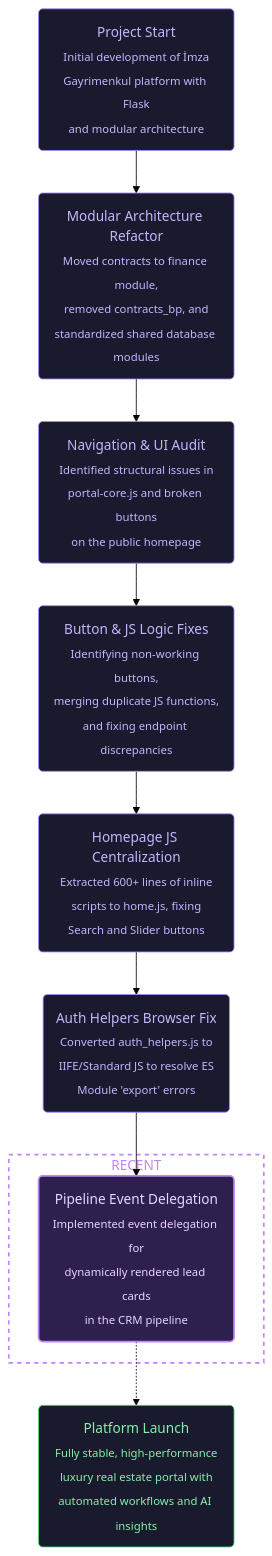
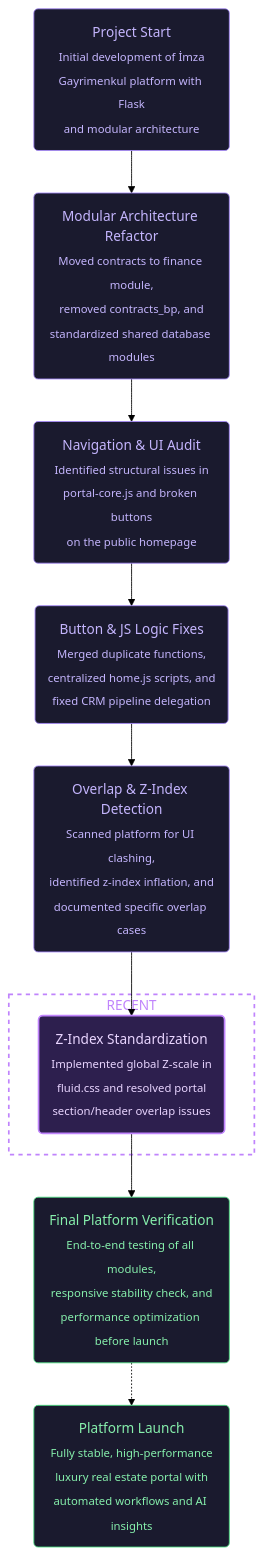
Before and after one commit to ramosis/imzagyo: the diagram in vizvibe.mmd, drawn with Mermaid (forest theme). The commit also changed 7 other files, not shown here.

Commit message:
UI: Standardized Z-index hierarchy and resolved UI overlap issues across platform. Fixes #overlap-audit.

```diff
--- a/vizvibe.mmd
+++ b/vizvibe.mmd
@@ -1,62 +1,64 @@
 flowchart TD
     %% === PROJECT GOALS ===
     %% Ultimate Goal: Build a premium, high-performance real estate portal and public website for İmza Gayrimenkul with modular backend and luxury UI.
-    %% Current Goal: Finalize stabilization and verify all platform buttons/navigation.
+    %% Current Goal: Maintain UI stability and proceed to final platform verification.
 
     %% === START ===
     %% @project_start [start, closed, 2026-04-25, antigravity]
     project_start("Project Start<br/><sub>Initial development of İmza<br/>Gayrimenkul platform with Flask<br/>and modular architecture</sub>")
 
     %% @ultimate_goal [end, opened, 2026-04-25, antigravity]
     ultimate_goal("Platform Launch<br/><sub>Fully stable, high-performance<br/>luxury real estate portal with<br/>automated workflows and AI insights</sub>")
 
     %% === COMPLETED WORK ===
     %% @modular_refactor [ai-task, closed, 2026-04-25, antigravity]
     modular_refactor("Modular Architecture Refactor<br/><sub>Moved contracts to finance module,<br/>removed contracts_bp, and<br/>standardized shared database modules</sub>")
 
     %% @ui_audit_phase [ai-task, closed, 2026-04-25, antigravity]
     ui_audit_phase("Navigation & UI Audit<br/><sub>Identified structural issues in<br/>portal-core.js and broken buttons<br/>on the public homepage</sub>")
 
-    %% @button_detection [ai-task, closed, 2026-04-25, antigravity]
-    button_detection("Button & JS Logic Fixes<br/><sub>Identifying non-working buttons,<br/>merging duplicate JS functions,<br/>and fixing endpoint discrepancies</sub>")
+    %% @button_fixes [ai-task, closed, 2026-04-25, antigravity]
+    button_fixes("Button & JS Logic Fixes<br/><sub>Merged duplicate functions,<br/>centralized home.js scripts, and<br/>fixed CRM pipeline delegation</sub>")
 
-    %% @home_js_centralization [ai-task, closed, 2026-04-25, antigravity]
-    home_js_centralization("Homepage JS Centralization<br/><sub>Extracted 600+ lines of inline<br/>scripts to home.js, fixing<br/>Search and Slider buttons</sub>")
+    %% @overlap_detection [ai-task, closed, 2026-04-25, antigravity]
+    overlap_detection("Overlap & Z-Index Detection<br/><sub>Scanned platform for UI clashing,<br/>identified z-index inflation, and<br/>documented specific overlap cases</sub>")
 
-    %% @auth_helpers_fix [ai-task, closed, 2026-04-25, antigravity]
-    auth_helpers_fix("Auth Helpers Browser Fix<br/><sub>Converted auth_helpers.js to<br/>IIFE/Standard JS to resolve ES<br/>Module 'export' errors</sub>")
+    %% @z_index_standardization [ai-task, closed, 2026-04-25, antigravity]
+    z_index_standardization("Z-Index Standardization<br/><sub>Implemented global Z-scale in<br/>fluid.css and resolved portal<br/>section/header overlap issues</sub>")
 
-    %% @pipeline_delegation [ai-task, closed, 2026-04-25, antigravity]
-    pipeline_delegation("Pipeline Event Delegation<br/><sub>Implemented event delegation for<br/>dynamically rendered lead cards<br/>in the CRM pipeline</sub>")
+    %% === FUTURE WORK ===
+    %% @final_platform_verification [ai-task, opened, 2026-04-25, antigravity]
+    final_platform_verification("Final Platform Verification<br/><sub>End-to-end testing of all modules,<br/>responsive stability check, and<br/>performance optimization before launch</sub>")
 
     %% === CONNECTIONS ===
     project_start --> modular_refactor
     modular_refactor --> ui_audit_phase
-    ui_audit_phase --> button_detection
-    button_detection --> home_js_centralization
-    home_js_centralization --> auth_helpers_fix
-    auth_helpers_fix --> pipeline_delegation
-    pipeline_delegation -.-> ultimate_goal
+    ui_audit_phase --> button_fixes
+    button_fixes --> overlap_detection
+    overlap_detection --> z_index_standardization
+    z_index_standardization --> final_platform_verification
+    final_platform_verification -.-> ultimate_goal
 
     %% === RECENT WORK HIGHLIGHT ===
     subgraph recent [RECENT]
-        pipeline_delegation
+        z_index_standardization
     end
 
     %% === STYLES ===
     %% Closed tasks (soft purple)
     style project_start fill:#1a1a2e,stroke:#a78bfa,color:#c4b5fd,stroke-width:1px
     style modular_refactor fill:#1a1a2e,stroke:#a78bfa,color:#c4b5fd,stroke-width:1px
     style ui_audit_phase fill:#1a1a2e,stroke:#a78bfa,color:#c4b5fd,stroke-width:1px
-    style button_detection fill:#1a1a2e,stroke:#a78bfa,color:#c4b5fd,stroke-width:1px
-    style home_js_centralization fill:#1a1a2e,stroke:#a78bfa,color:#c4b5fd,stroke-width:1px
-    style auth_helpers_fix fill:#1a1a2e,stroke:#a78bfa,color:#c4b5fd,stroke-width:1px
+    style button_fixes fill:#1a1a2e,stroke:#a78bfa,color:#c4b5fd,stroke-width:1px
+    style overlap_detection fill:#1a1a2e,stroke:#a78bfa,color:#c4b5fd,stroke-width:1px
+    style z_index_standardization fill:#1a1a2e,stroke:#a78bfa,color:#c4b5fd,stroke-width:1px
 
     %% Recent node (highlighted purple)
-    style pipeline_delegation fill:#2d1f4e,stroke:#c084fc,color:#e9d5ff,stroke-width:2px
+    style z_index_standardization fill:#2d1f4e,stroke:#c084fc,color:#e9d5ff,stroke-width:2px
 
     %% Recent subgraph (dashed border)
     style recent fill:transparent,stroke:#c084fc,color:#c084fc,stroke-width:2px,stroke-dasharray:5 5
 
     %% Open tasks (soft green)
     style ultimate_goal fill:#1a1a2e,stroke:#4ade80,color:#86efac,stroke-width:1px
+    style final_platform_verification fill:#1a1a2e,stroke:#4ade80,color:#86efac,stroke-width:1px
```
